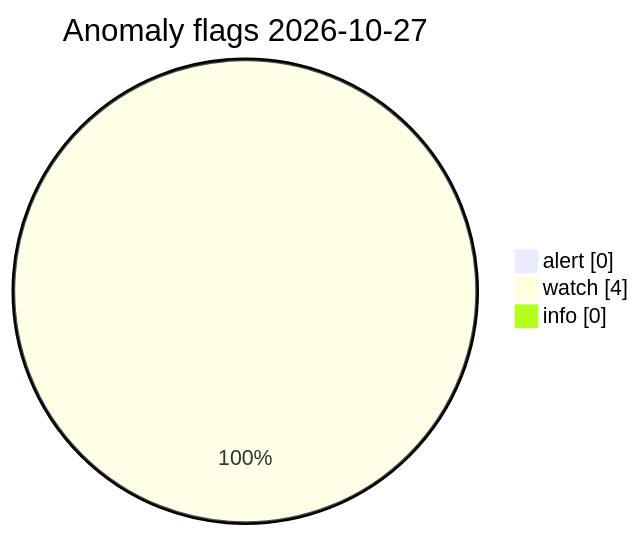
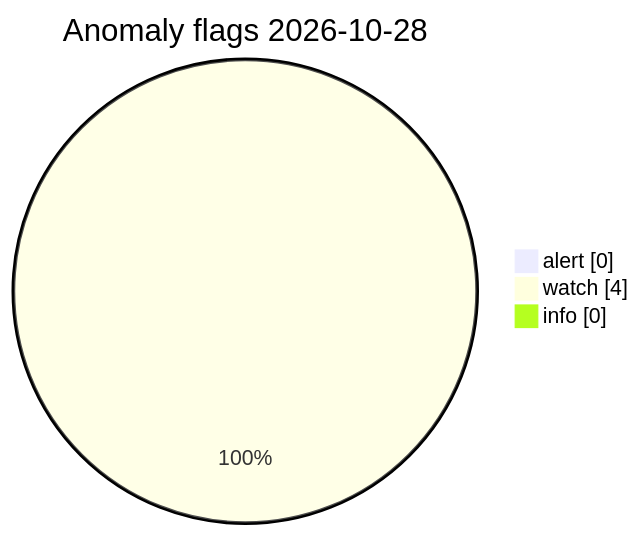
Before and after one commit to Midwest-Stratospheric/Unified-Open-Global-Weather: the diagram in visuals/latest/CHARTS.md, drawn with Mermaid. The commit also changed other lines of this file and 23 other files, not shown here.

Commit message:
data(visuals): automated charts 2026-10-28T10:55Z

````diff
--- a/visuals/latest/CHARTS.md
+++ b/visuals/latest/CHARTS.md
@@ -73,7 +73,7 @@
 ```mermaid
 pie showData
-  title Anomaly flags 2026-10-27
+  title Anomaly flags 2026-10-28
   "alert" : 0
   "watch" : 4
   "info" : 0
 ```
````
